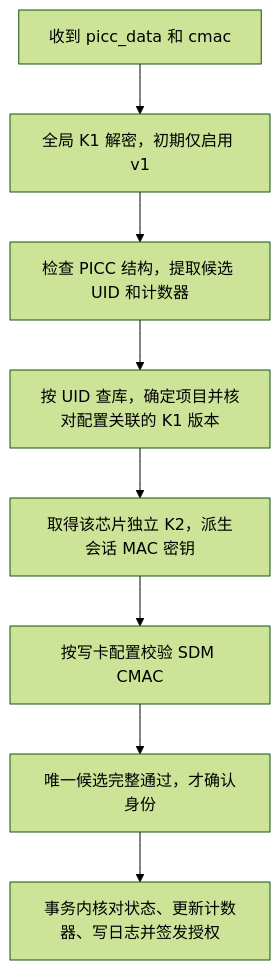
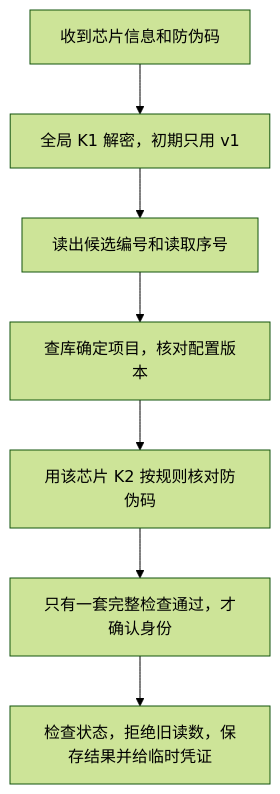
The diagram in TECH_SPEC.md (ilcece/bumbum), drawn with Mermaid (forest theme) before and after one commit. The commit also changed other lines of this file and 6 other files, not shown here.

````diff
--- a/TECH_SPEC.md
+++ b/TECH_SPEC.md
@@ -120,10 +94,9 @@
 ```mermaid
 flowchart TD
-    A["收到 picc_data 和 cmac"] --> B["全局 K1 解密，初期仅启用 v1"]
-    B --> C["检查 PICC 结构，提取候选 UID 和计数器"]
-    C --> D["按 UID 查库，确定项目并核对配置关联的 K1 版本"]
-    D --> E["取得该芯片独立 K2，派生会话 MAC 密钥"]
-    E --> F["按写卡配置校验 SDM CMAC"]
-    F --> G["唯一候选完整通过，才确认身份"]
-    G --> H["事务内核对状态、更新计数器、写日志并签发授权"]
+    A["收到芯片信息和防伪码"] --> B["全局 K1 解密，初期只用 v1"]
+    B --> C["读出候选编号和读取序号"]
+    C --> D["查库确定项目，核对配置版本"]
+    D --> E["用该芯片 K2 按规则核对防伪码"]
+    E --> F["只有一套完整检查通过，才确认身份"]
+    F --> G["检查状态，拒绝旧读数，保存结果并给临时凭证"]
 ```
````
